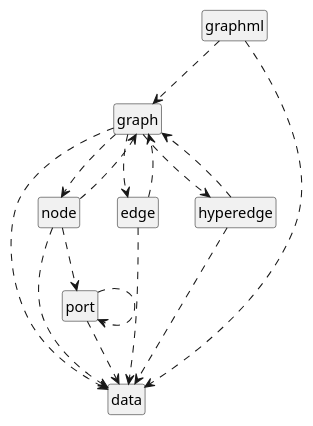
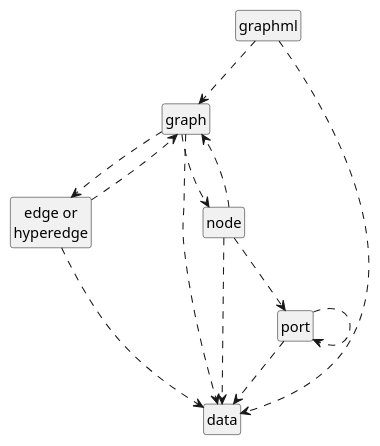
Before and after one commit to Calpano/graphinout: the diagram in reader-graphml/src/main/java/com/calpano/graphinout/reader/graphml/graphml-parsing.adoc, drawn with PlantUML. The commit also changed other lines of this file and 3 other files, not shown here.

```diff
--- a/reader-graphml/src/main/java/com/calpano/graphinout/reader/graphml/graphml-parsing.adoc
+++ b/reader-graphml/src/main/java/com/calpano/graphinout/reader/graphml/graphml-parsing.adoc
@@ -5,27 +7,30 @@
 [plantuml]
 ....
 hide empty members
 hide circles
 class graphml
+class edgeOrHyperedge as "edge or\nhyperedge"
 
 graphml ..> graph
 graphml ..> data
 
 graph ..> data
 graph ..> node
-graph ..> edge
-graph ..> hyperedge
+graph ..> edgeOrHyperedge
+'graph ..> edge
+'graph ..> hyperedge
 
 node ..> data
 node ..> port
 node ..> graph
 
 port ..> data
 port ..> port
 
-edge ..> data
-edge ..> graph
-
-hyperedge ..> data
-hyperedge ..> graph
+edgeOrHyperedge ..> data
+edgeOrHyperedge ..> graph
+'edge ..> data
+'edge ..> graph
+'hyperedge ..> data
+'hyperedge ..> graph
 ....
```
